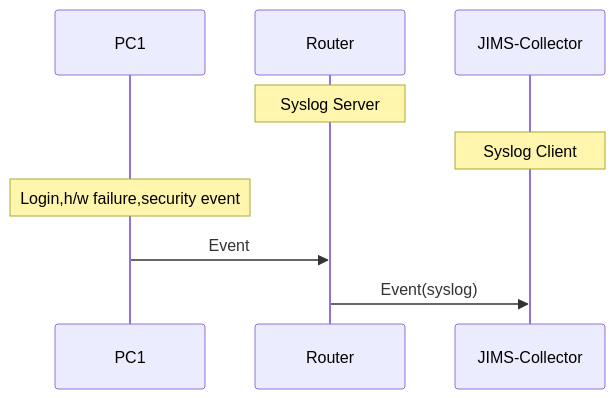
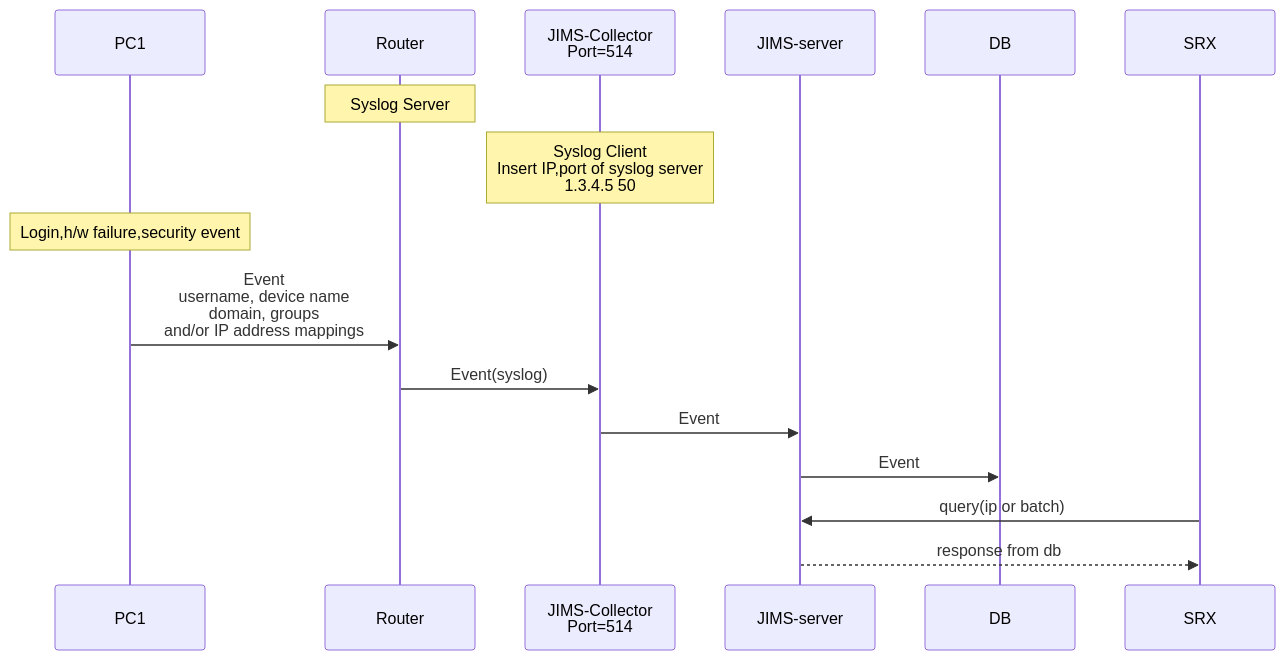
One commit to code-with-amitk/Code-examples changed the diagram in Operating_Systems/Linux/Daemons_Processes_Services/syslog.adoc. Above: the diagram before and after it, drawn with Mermaid. The commit also changed other lines of this file, not shown here.

````diff
--- a/Operating_Systems/Linux/Daemons_Processes_Services/syslog.adoc
+++ b/Operating_Systems/Linux/Daemons_Processes_Services/syslog.adoc
@@ -8,12 +8,19 @@
 ```mermaid
 sequenceDiagram
   participant pc as PC1
   participant r as Router
-  participant j as JIMS-Collector
+  participant j as JIMS-Collector<br>Port=514
+  participant js as JIMS-server
+  participant db as DB
+  participant srx as SRX
 
   Note over r: Syslog Server
-  Note over j: Syslog Client
+  Note over j: Syslog Client<br>Insert IP,port of syslog server<br>1.3.4.5 50
   Note over pc: Login,h/w failure,security event
-  pc ->> r: Event
+  pc ->> r: Event<br> username, device name<br> domain, groups<br> and/or IP address mappings
   r ->> j: Event(syslog)
+  j ->> js: Event
+  js ->> db: Event
+  srx ->> js: query(ip or batch)
+  js -->> srx: response from db
 ```
````
